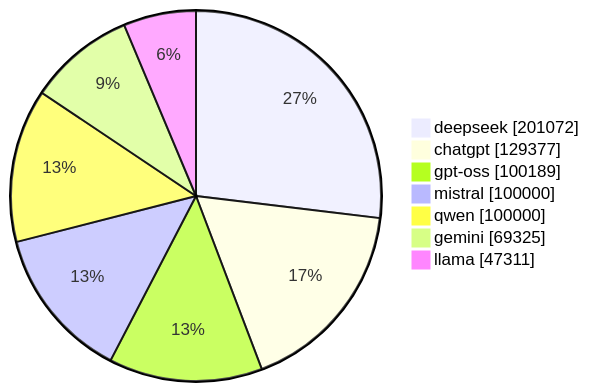
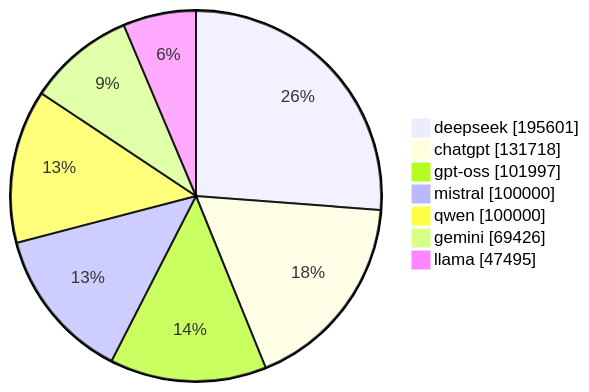
One commit to gqgs/llm100kbench changed the diagram in README.md. Above: the diagram before and after it, drawn with Mermaid. The commit also changed other lines of this file and 17 other files, not shown here.

````diff
--- a/README.md
+++ b/README.md
@@ -50,10 +50,10 @@
 ```mermaid
 pie showData
-    "deepseek" : 201072
-    "chatgpt" : 129377
-    "gpt-oss" : 100189
+    "deepseek" : 195601
+    "chatgpt" : 131718
+    "gpt-oss" : 101997
     "mistral" : 100000
     "qwen" : 100000
-    "gemini" : 69325
-    "llama" : 47311
+    "gemini" : 69426
+    "llama" : 47495
 ```
````
